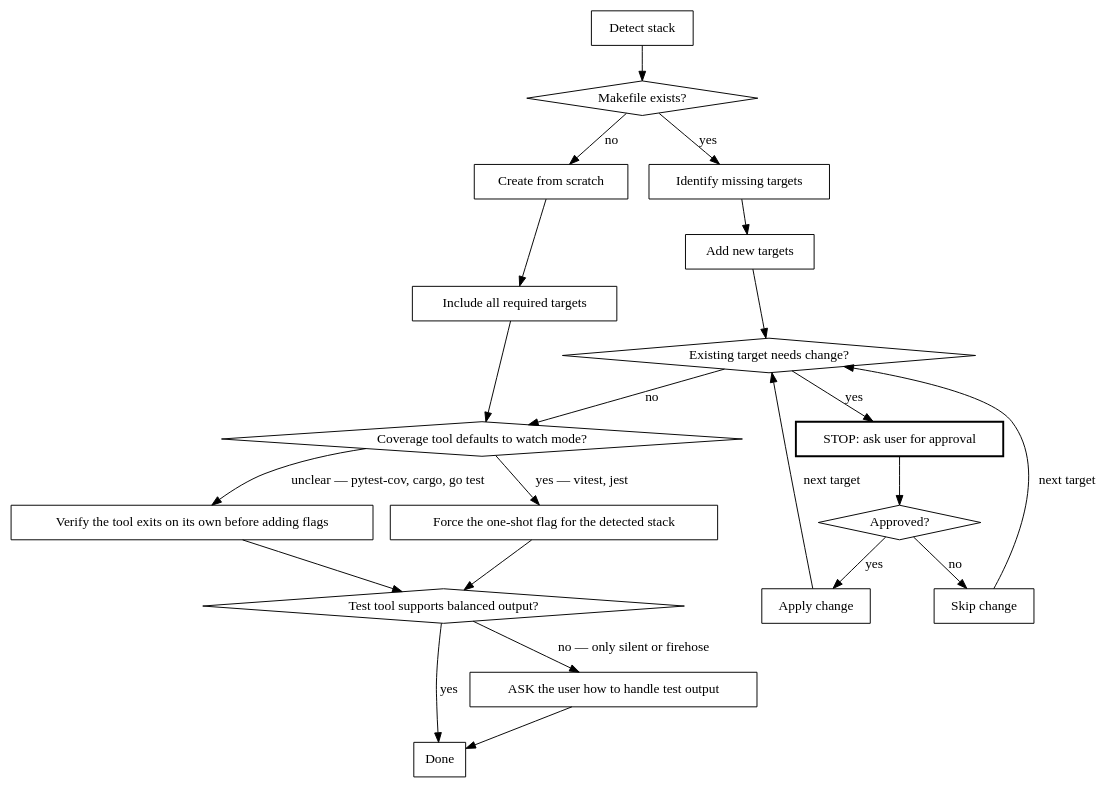
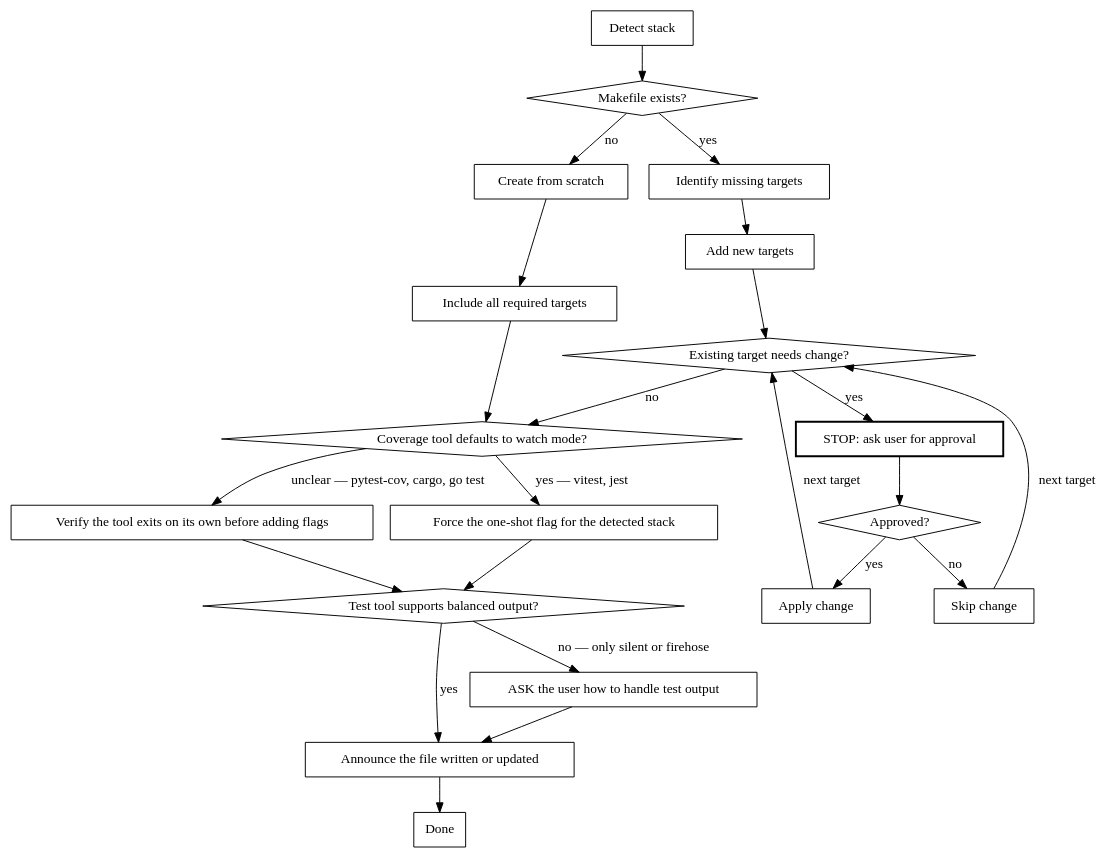
The diagram in plugins/paad/skills/makefile/SKILL.md (Ovid/paad), drawn with Graphviz before and after one commit. The commit also changed other lines of this file and 6 other files, not shown here.

````diff
--- a/plugins/paad/skills/makefile/SKILL.md
+++ b/plugins/paad/skills/makefile/SKILL.md
@@ -12,44 +12,46 @@
 ```dot
 digraph makefile_flow {
     "Makefile exists?" [shape=diamond];
     "Existing target needs change?" [shape=diamond];
     "Approved?" [shape=diamond];
     "Coverage tool defaults to watch mode?" [shape=diamond];
     "Test tool supports balanced output?" [shape=diamond];
 
     "Detect stack" [shape=box];
     "Create from scratch" [shape=box];
     "Include all required targets" [shape=box];
     "Identify missing targets" [shape=box];
     "Add new targets" [shape=box];
     "STOP: ask user for approval" [shape=box, style=bold];
     "Apply change" [shape=box];
     "Skip change" [shape=box];
     "Force the one-shot flag for the detected stack" [shape=box];
     "Verify the tool exits on its own before adding flags" [shape=box];
     "ASK the user how to handle test output" [shape=box];
+    "Announce the file written or updated" [shape=box];
     "Done" [shape=box];
 
     "Detect stack" -> "Makefile exists?";
     "Makefile exists?" -> "Create from scratch" [label="no"];
     "Makefile exists?" -> "Identify missing targets" [label="yes"];
     "Create from scratch" -> "Include all required targets";
     "Include all required targets" -> "Coverage tool defaults to watch mode?";
     "Identify missing targets" -> "Add new targets";
     "Add new targets" -> "Existing target needs change?";
     "Existing target needs change?" -> "Coverage tool defaults to watch mode?" [label="no"];
     "Coverage tool defaults to watch mode?" -> "Force the one-shot flag for the detected stack" [label="yes — vitest, jest"];
     "Coverage tool defaults to watch mode?" -> "Verify the tool exits on its own before adding flags" [label="unclear — pytest-cov, cargo, go test"];
     "Force the one-shot flag for the detected stack" -> "Test tool supports balanced output?";
     "Verify the tool exits on its own before adding flags" -> "Test tool supports balanced output?";
     "Existing target needs change?" -> "STOP: ask user for approval" [label="yes"];
     "STOP: ask user for approval" -> "Approved?";
     "Approved?" -> "Apply change" [label="yes"];
     "Approved?" -> "Skip change" [label="no"];
     "Apply change" -> "Existing target needs change?" [label="next target"];
     "Skip change" -> "Existing target needs change?" [label="next target"];
-    "Test tool supports balanced output?" -> "Done" [label="yes"];
+    "Test tool supports balanced output?" -> "Announce the file written or updated" [label="yes"];
     "Test tool supports balanced output?" -> "ASK the user how to handle test output" [label="no — only silent or firehose"];
-    "ASK the user how to handle test output" -> "Done";
+    "ASK the user how to handle test output" -> "Announce the file written or updated";
+    "Announce the file written or updated" -> "Done";
 }
 ```
````
